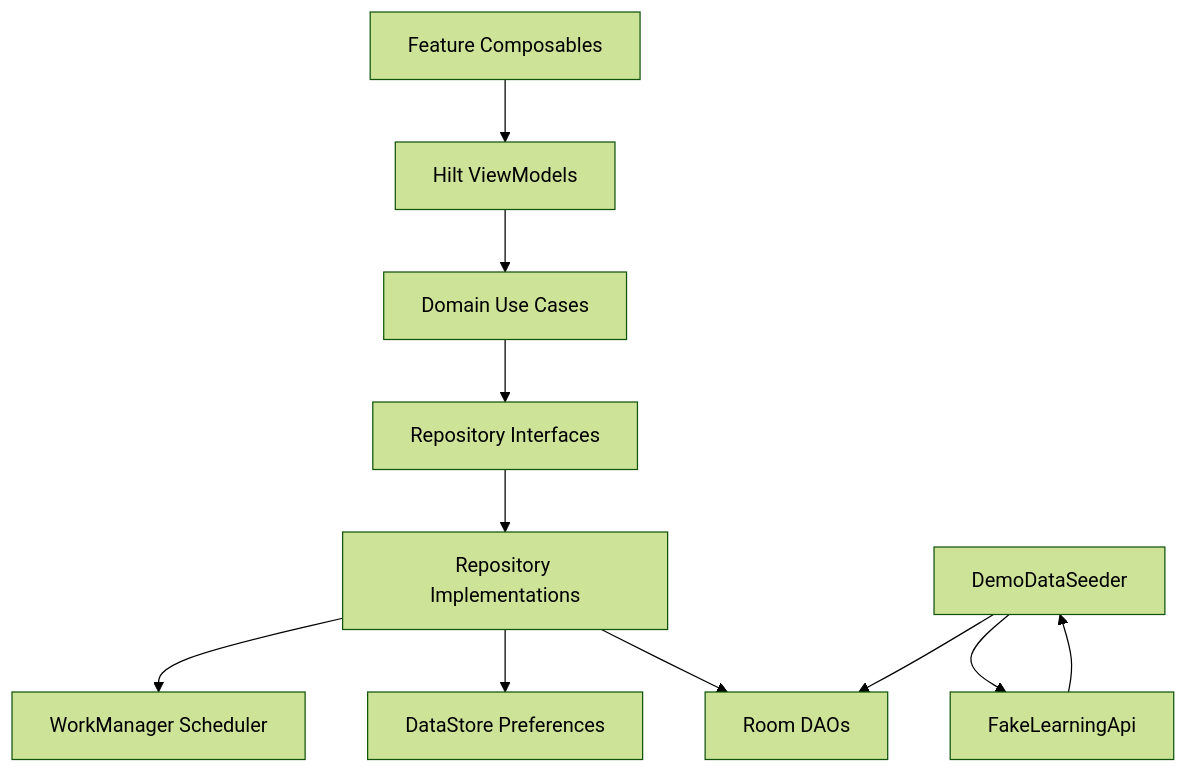
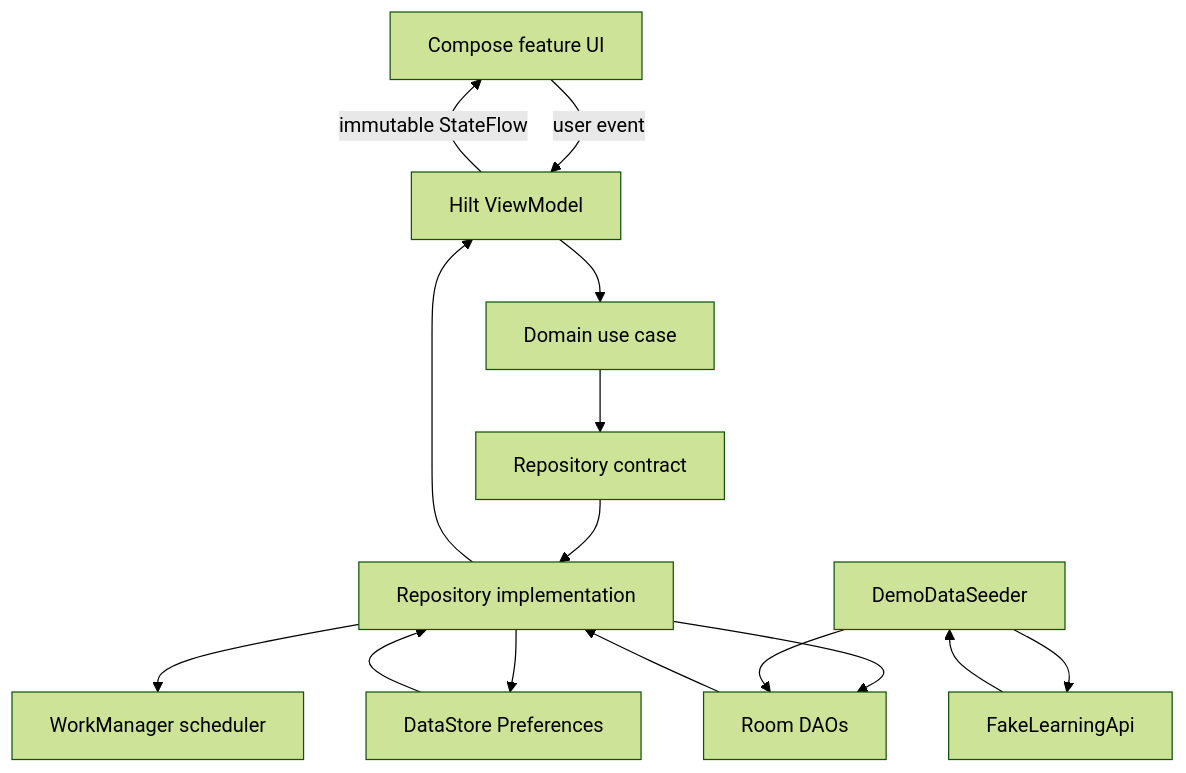
The diagram in docs/ARCHITECTURE.md (MuhammadFaheemAkram/DevJourney), drawn with Mermaid (forest theme) before and after one commit. The commit also changed other lines of this file and 12 other files, not shown here.

````diff
--- a/docs/ARCHITECTURE.md
+++ b/docs/ARCHITECTURE.md
@@ -7,13 +37,17 @@
 ```mermaid
 flowchart TD
-    UI["Feature Composables"] --> VM["Hilt ViewModels"]
-    VM --> UC["Domain Use Cases"]
-    UC --> RepoContract["Repository Interfaces"]
-    RepoContract --> RepoImpl["Repository Implementations"]
-    RepoImpl --> Room["Room DAOs"]
-    RepoImpl --> DataStore["DataStore Preferences"]
-    RepoImpl --> WorkManager["WorkManager Scheduler"]
-    Seeder["DemoDataSeeder"] --> FakeApi["FakeLearningApi"]
-    FakeApi --> Seeder
+    UI["Compose feature UI"] -->|"user event"| VM["Hilt ViewModel"]
+    VM --> UC["Domain use case"]
+    UC --> RC["Repository contract"]
+    RC --> RI["Repository implementation"]
+    RI --> Room["Room DAOs"]
+    RI --> DS["DataStore Preferences"]
+    RI --> WM["WorkManager scheduler"]
+    Seeder["DemoDataSeeder"] --> API["FakeLearningApi"]
+    API --> Seeder
     Seeder --> Room
+    Room --> RI
+    DS --> RI
+    RI --> VM
+    VM -->|"immutable StateFlow"| UI
 ```
````
